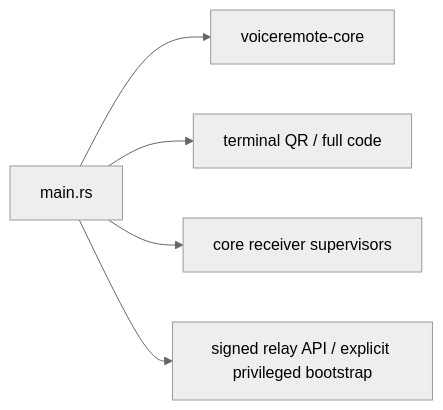
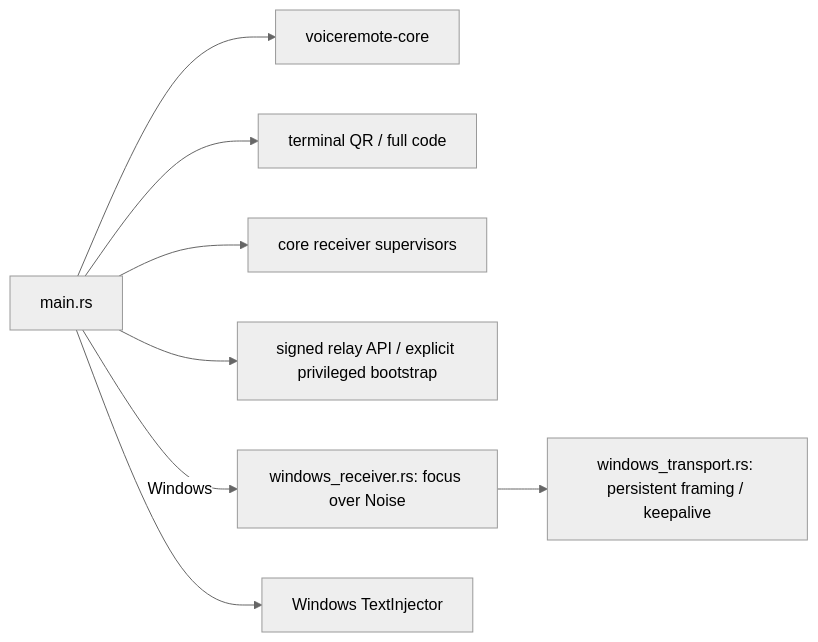
One commit to Harwasch/voiceremote changed the diagram in SW/desktop/crates/app/src/README.md. Above: the diagram before and after it, drawn with Mermaid (neutral theme). The commit also changed other lines of this file and 25 other files, not shown here.

Commit message:
SW: Windows text injection and focus report

````diff
--- a/SW/desktop/crates/app/src/README.md
+++ b/SW/desktop/crates/app/src/README.md
@@ -1,7 +1,10 @@
 ```mermaid
 flowchart LR
     main[main.rs] --> Core[voiceremote-core]
     main --> QR[terminal QR / full code]
     main --> Headless[core receiver supervisors]
     main --> Relay[signed relay API / explicit privileged bootstrap]
+    main -->|Windows| Win[windows_receiver.rs: focus over Noise]
+    Win --> Wire[windows_transport.rs: persistent framing / keepalive]
+    main --> Inject[Windows TextInjector]
 ```
````
